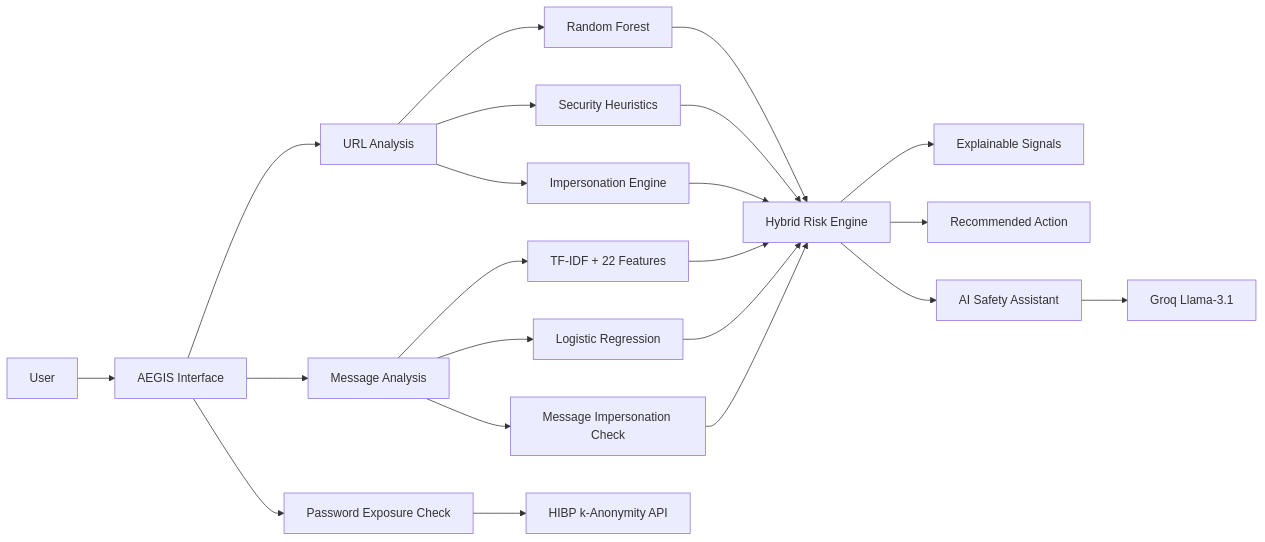
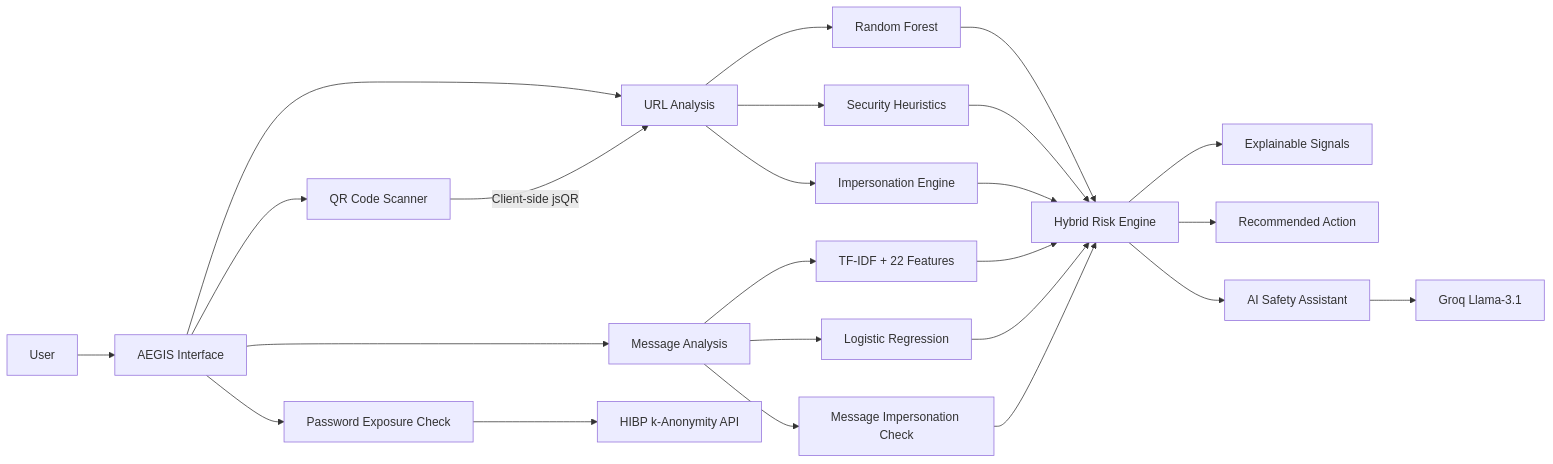
One commit to sandeep0431/AEGIS changed the first of 3 diagrams in README.md. Above: the diagram before and after it, drawn with Mermaid. The commit also changed other lines of this file and 8 other files, not shown here.

Commit message:
feat(frontend): add client-side QR Code / Quishing Scanner with native BarcodeDetector and jsQR fallback

````diff
--- a/README.md
+++ b/README.md
@@ -59,28 +61,31 @@
 ```mermaid
 flowchart LR
     U[User] --> I[AEGIS Interface]
     I --> URL[URL Analysis]
+    I --> QR[QR Code Scanner]
     I --> MSG[Message Analysis]
     I --> PASS[Password Exposure Check]
+    
+    QR -->|Client-side jsQR| URL
     
     URL --> RF[Random Forest]
     URL --> H[Security Heuristics]
     URL --> IMP[Impersonation Engine]
     RF --> R[Hybrid Risk Engine]
     H --> R
     IMP --> R
     
     MSG --> TF[TF-IDF + 22 Features]
     MSG --> LR[Logistic Regression]
     MSG --> IMP_M[Message Impersonation Check]
     TF --> R
     LR --> R
     IMP_M --> R
     
     R --> E[Explainable Signals]
     R --> A[Recommended Action]
     R --> AI[AI Safety Assistant]
     AI --> G[Groq Llama-3.1]
     
     PASS --> HIBP[HIBP k-Anonymity API]
 ```
````
